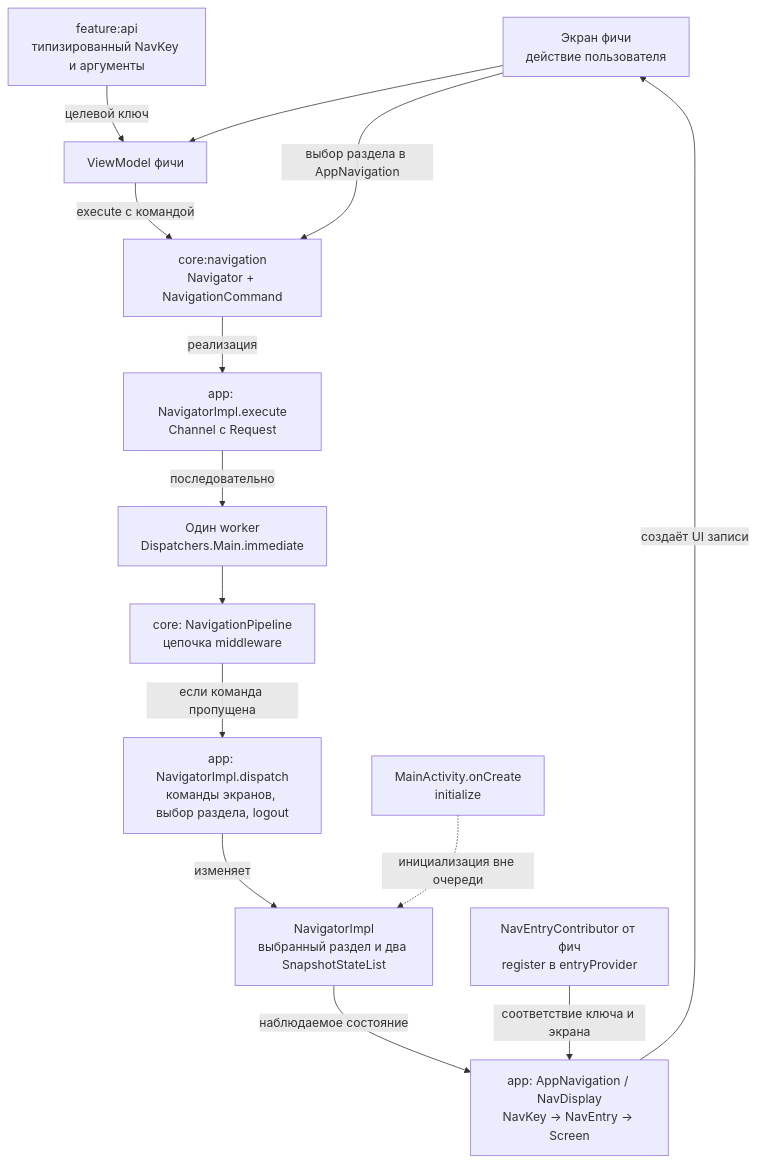
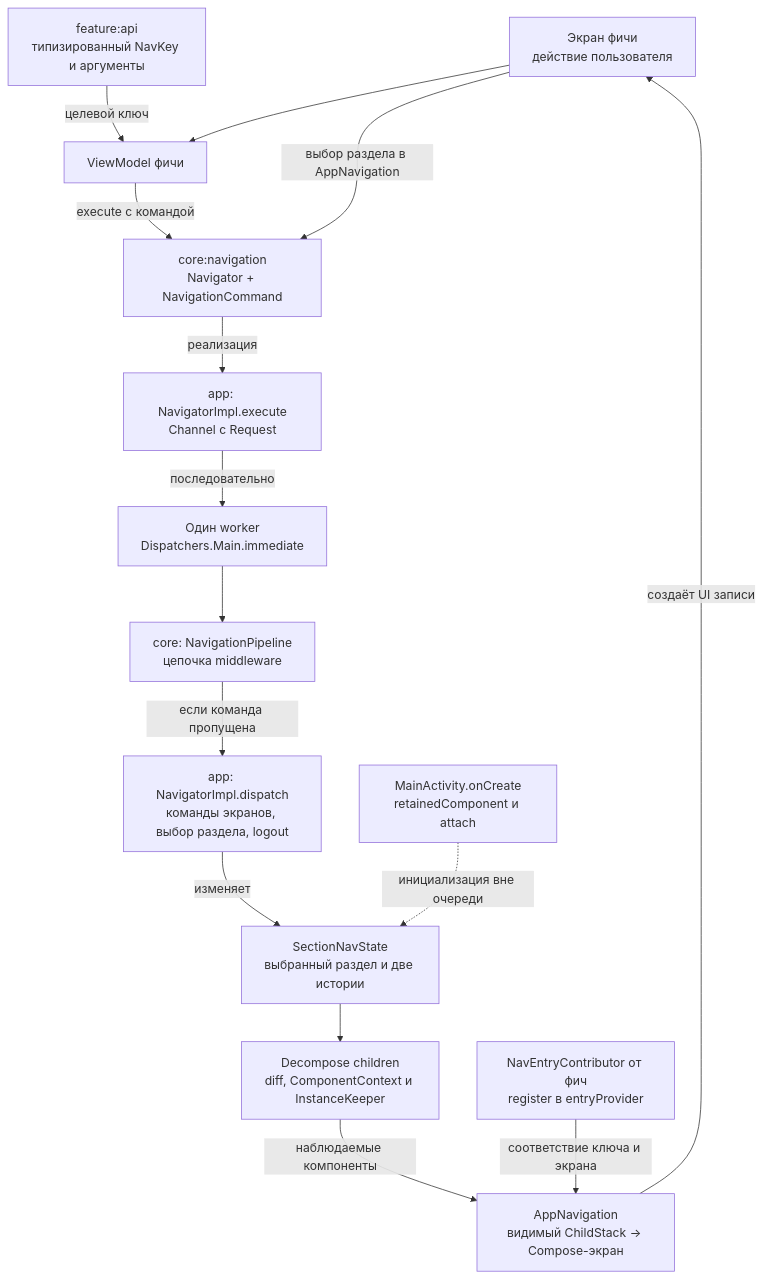
The first of 6 diagrams in docs/navigation.md (akma302/NavPlayground), drawn with Mermaid before and after one commit. The commit also changed other lines of this file and 26 other files, not shown here.

Commit message:
Migrate manual navigation to Decompose

````diff
--- a/docs/navigation.md
+++ b/docs/navigation.md
@@ -8,28 +8,30 @@
 ```mermaid
 flowchart TB
     Screen["Экран фичи<br/>действие пользователя"]
     VM["ViewModel фичи"]
     API["feature:api<br/>типизированный NavKey и аргументы"]
     Contract["core:navigation<br/>Navigator + NavigationCommand"]
     Queue["app: NavigatorImpl.execute<br/>Channel с Request"]
     Worker["Один worker<br/>Dispatchers.Main.immediate"]
     Pipeline["core: NavigationPipeline<br/>цепочка middleware"]
     Dispatch["app: NavigatorImpl.dispatch<br/>команды экранов, выбор раздела, logout"]
-    Stack["NavigatorImpl<br/>выбранный раздел и два SnapshotStateList"]
+    Stack["SectionNavState<br/>выбранный раздел и две истории"]
+    Router["Decompose children<br/>diff, ComponentContext и InstanceKeeper"]
     Entries["NavEntryContributor от фич<br/>register в entryProvider"]
-    Display["app: AppNavigation / NavDisplay<br/>NavKey → NavEntry → Screen"]
-    Startup["MainActivity.onCreate<br/>initialize"]
+    Display["AppNavigation<br/>видимый ChildStack → Compose-экран"]
+    Startup["MainActivity.onCreate<br/>retainedComponent и attach"]
     Screen --> VM
     API -->|целевой ключ| VM
     VM -->|execute с командой| Contract
     Screen -->|выбор раздела в AppNavigation| Contract
     Contract -->|реализация| Queue
     Queue -->|последовательно| Worker
     Worker --> Pipeline
     Pipeline -->|если команда пропущена| Dispatch
     Dispatch -->|изменяет| Stack
-    Stack -->|наблюдаемое состояние| Display
+    Stack --> Router
+    Router -->|наблюдаемые компоненты| Display
     Entries -->|соответствие ключа и экрана| Display
     Display -->|создаёт UI записи| Screen
     Startup -.->|инициализация вне очереди| Stack
 ```
````
